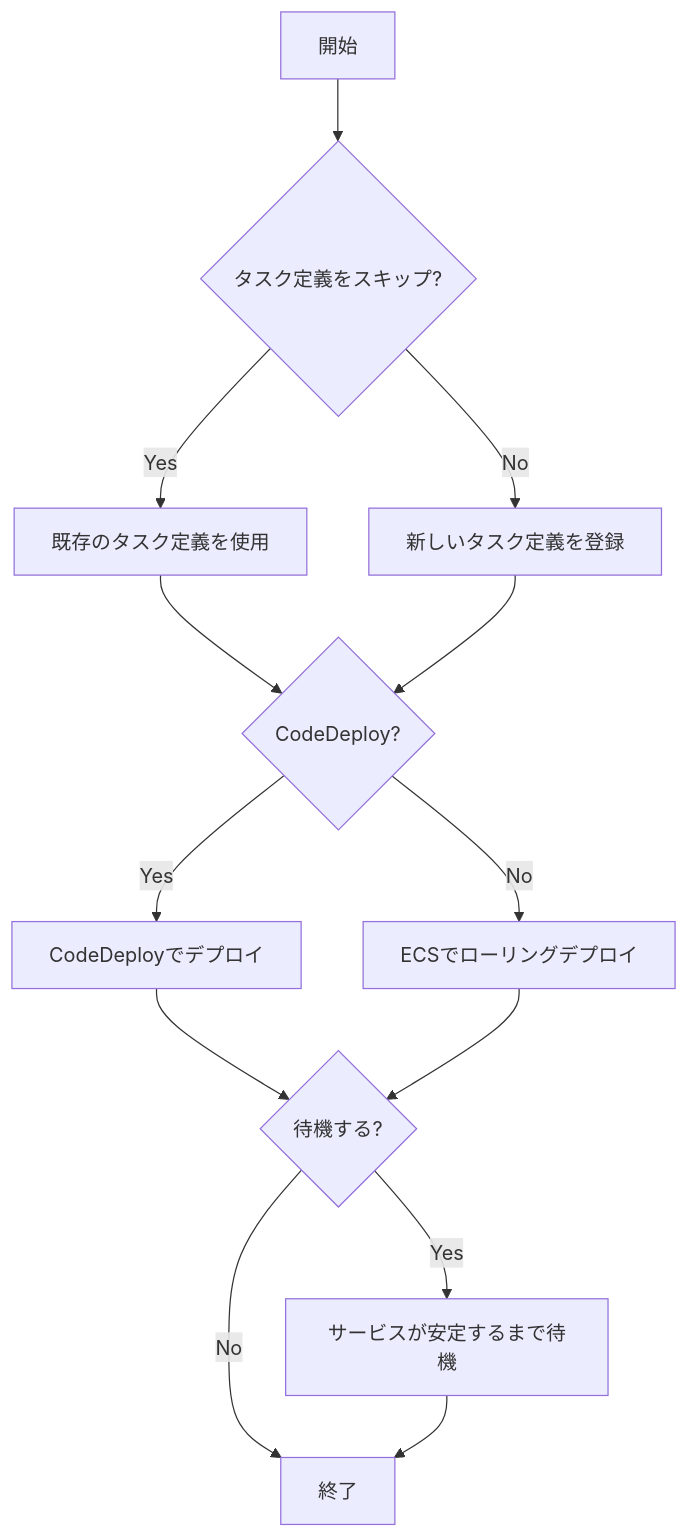
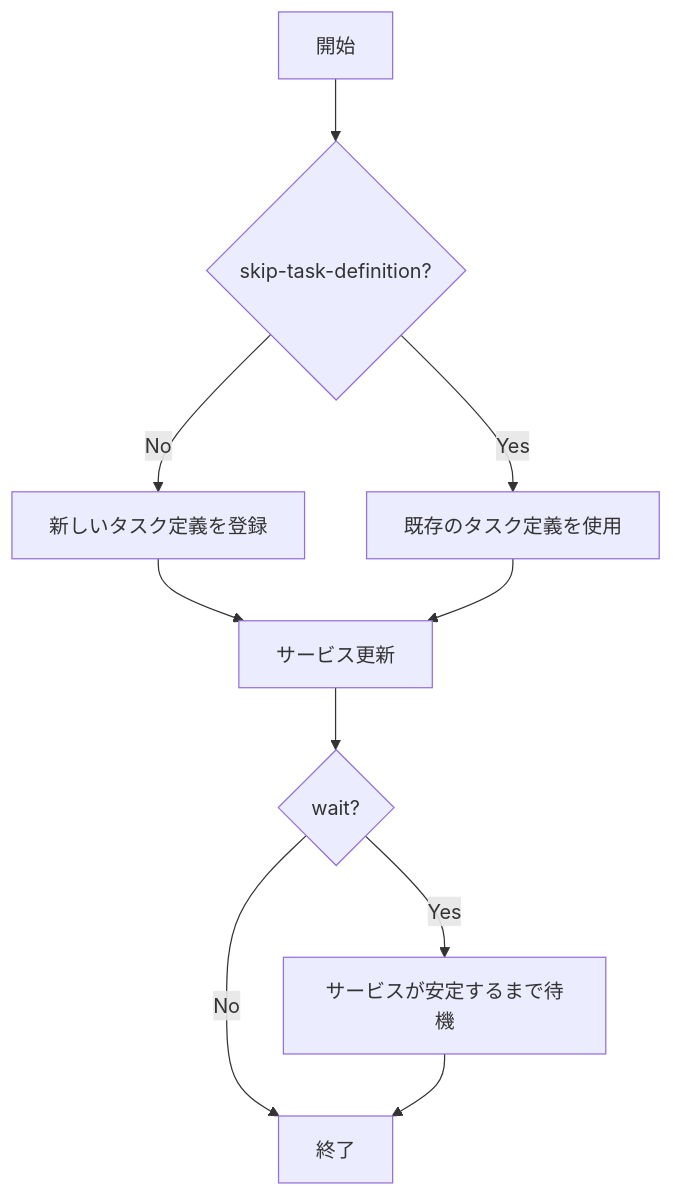
One commit to bufferings/devin-docs changed the diagram in ecspresso/commands/deployment.md. Above: the diagram before and after it, drawn with Mermaid. The commit also changed other lines of this file and 12 other files, not shown here.

````diff
--- a/ecspresso/commands/deployment.md
+++ b/ecspresso/commands/deployment.md
@@ -40,15 +56,12 @@
 ```mermaid
-flowchart TD
-    A[開始] --> B{タスク定義をスキップ?}
-    B -->|Yes| C[既存のタスク定義を使用]
-    B -->|No| D[新しいタスク定義を登録]
-    C --> E{CodeDeploy?}
-    D --> E
-    E -->|Yes| F[CodeDeployでデプロイ]
-    E -->|No| G[ECSでローリングデプロイ]
-    F --> H{待機する?}
-    G --> H
-    H -->|Yes| I[サービスが安定するまで待機]
-    H -->|No| J[終了]
-    I --> J
+graph TD
+  A[開始] --> B{skip-task-definition?}
+  B -->|Yes| D[既存のタスク定義を使用]
+  B -->|No| C[新しいタスク定義を登録]
+  C --> E[サービス更新]
+  D --> E
+  E --> F{wait?}
+  F -->|Yes| G[サービスが安定するまで待機]
+  F -->|No| H[終了]
+  G --> H
 ```
````
